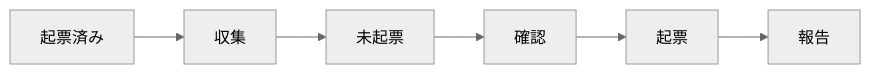
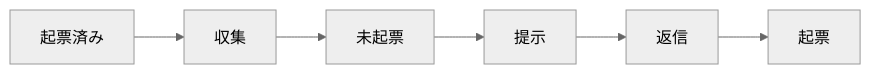
One commit to ac-nakamura-y/batb changed the diagram in .claude/scheduled-tasks/plumette/SKILL.md. Above: the diagram before and after it, drawn with Mermaid (neutral theme). The commit also changed other lines of this file and 2 other files, not shown here.

First line of the commit message:
Let Plumette propose issues and file them on reply (#24)

````diff
--- a/.claude/scheduled-tasks/plumette/SKILL.md
+++ b/.claude/scheduled-tasks/plumette/SKILL.md
@@ -18,8 +18,8 @@
 ```mermaid
 flowchart LR
   listIssues[起票済み] --> collect[収集]
   collect --> findNew[未起票]
-  findNew --> confirm[確認]
-  confirm --> saveIssue[起票]
-  saveIssue --> report[報告]
+  findNew --> propose[提示]
+  propose --> reply[返信]
+  reply --> saveIssue[起票]
 ```
````
